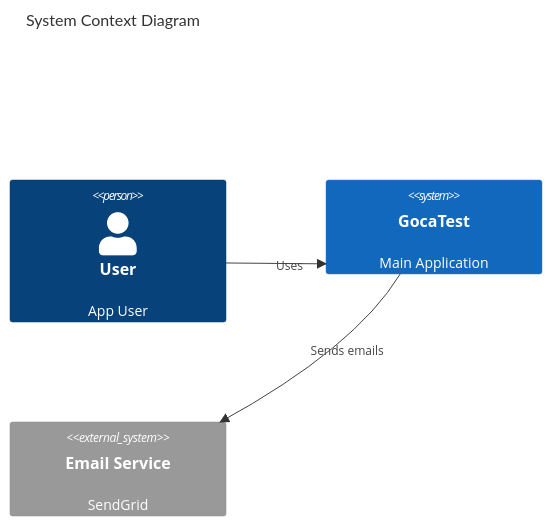
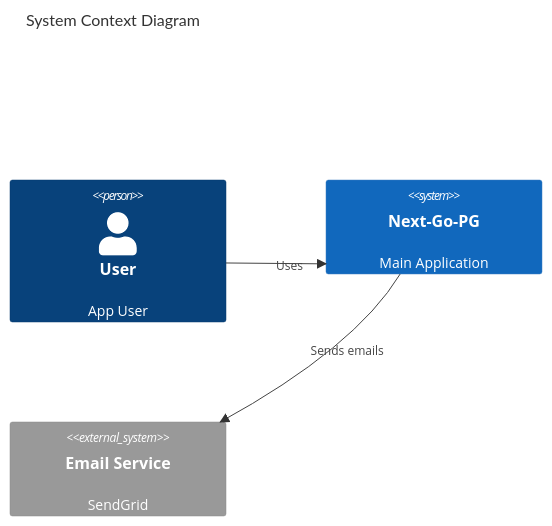
One commit to atilladeniz/next-go-pg changed the fifth of 5 diagrams in .concepts/README.md. Above: the diagram before and after it, drawn with Mermaid. The commit also changed 35 other files, not shown here.

First line of the commit message:
refactor: rename project from GocaTest to Next-Go-PG

````diff
--- a/.concepts/README.md
+++ b/.concepts/README.md
@@ -106,10 +106,10 @@
 ```mermaid
 C4Context
     title System Context Diagram
     Person(user, "User", "App User")
-    System(app, "GocaTest", "Main Application")
+    System(app, "Next-Go-PG", "Main Application")
     System_Ext(email, "Email Service", "SendGrid")
 
     Rel(user, app, "Uses")
     Rel(app, email, "Sends emails")
 ```
````
